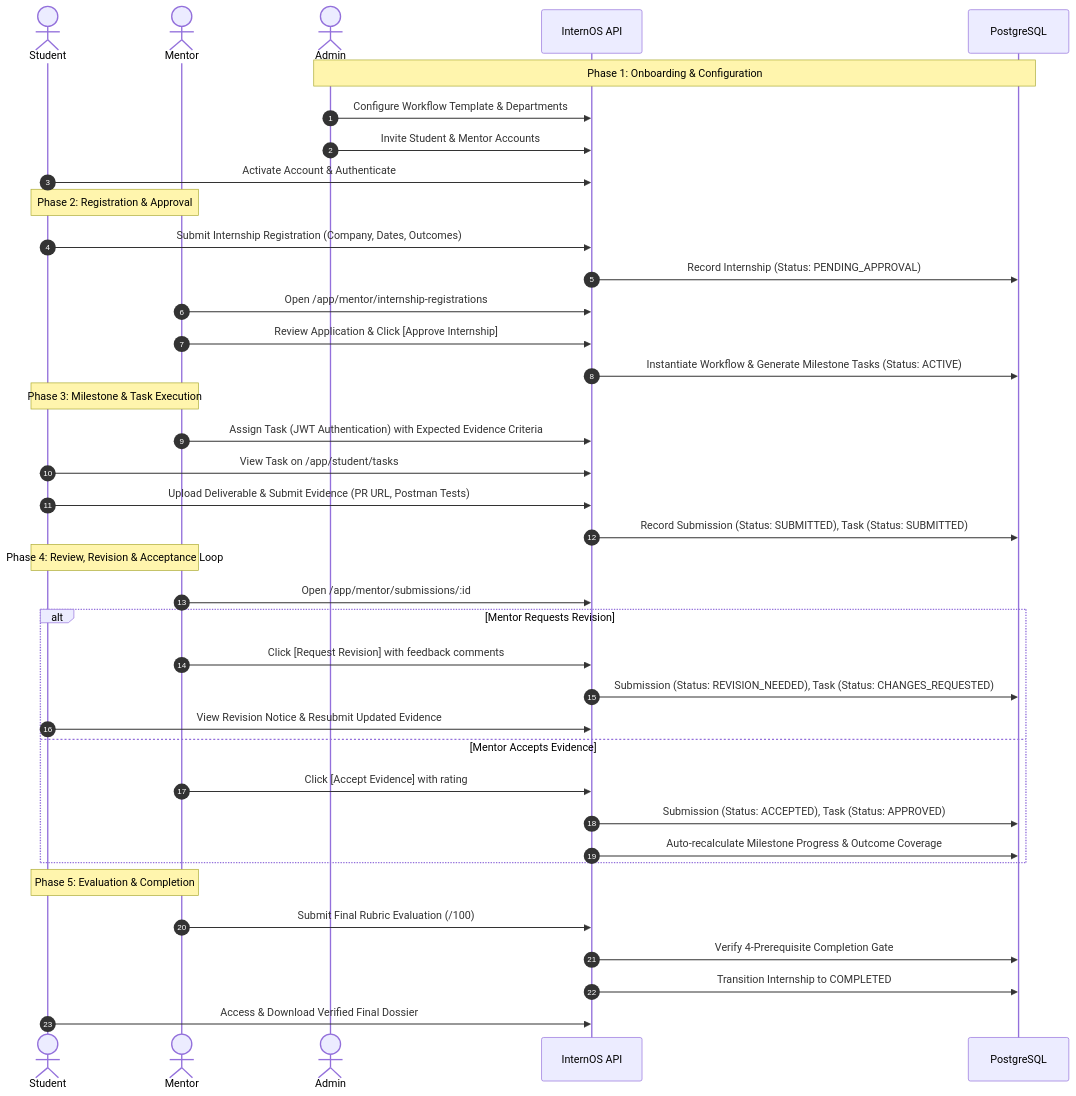
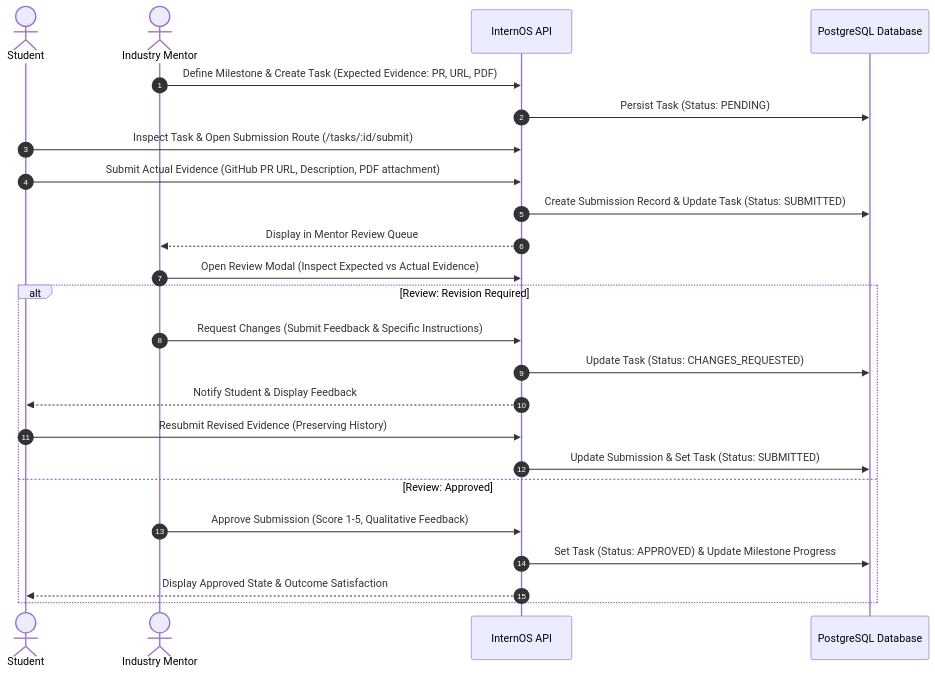
One commit to innocentgaming/Hack-2-Ignite-Move_37 changed the second of 6 diagrams in README.md. Above: the diagram before and after it, drawn with Mermaid. The commit also changed other lines of this file, not shown here.

Commit message:
docs: overhaul README.md with comprehensive architecture, workflows, API documentation, and deployment guides

````diff
--- a/README.md
+++ b/README.md
@@ -203,45 +218,27 @@
 ```mermaid
 sequenceDiagram
     autonumber
-    actor Student
-    actor Mentor
-    actor Admin
+    actor S as Student
+    actor M as Industry Mentor
     participant API as InternOS API
-    participant DB as PostgreSQL
+    participant DB as PostgreSQL Database
 
-    Note over Admin,DB: Phase 1: Onboarding & Configuration
-    Admin->>API: Configure Workflow Template & Departments
-    Admin->>API: Invite Student & Mentor Accounts
-    Student->>API: Activate Account & Authenticate
-
-    Note over Student,Mentor: Phase 2: Registration & Approval
-    Student->>API: Submit Internship Registration (Company, Dates, Outcomes)
-    API->>DB: Record Internship (Status: PENDING_APPROVAL)
-    Mentor->>API: Open /app/mentor/internship-registrations
-    Mentor->>API: Review Application & Click [Approve Internship]
-    API->>DB: Instantiate Workflow & Generate Milestone Tasks (Status: ACTIVE)
-
-    Note over Student,Mentor: Phase 3: Milestone & Task Execution
-    Mentor->>API: Assign Task (JWT Authentication) with Expected Evidence Criteria
-    Student->>API: View Task on /app/student/tasks
-    Student->>API: Upload Deliverable & Submit Evidence (PR URL, Postman Tests)
-    API->>DB: Record Submission (Status: SUBMITTED), Task (Status: SUBMITTED)
-
-    Note over Mentor,Student: Phase 4: Review, Revision & Acceptance Loop
-    Mentor->>API: Open /app/mentor/submissions/:id
-    alt Mentor Requests Revision
-        Mentor->>API: Click [Request Revision] with feedback comments
-        API->>DB: Submission (Status: REVISION_NEEDED), Task (Status: CHANGES_REQUESTED)
-        Student->>API: View Revision Notice & Resubmit Updated Evidence
-    else Mentor Accepts Evidence
-        Mentor->>API: Click [Accept Evidence] with rating
-        API->>DB: Submission (Status: ACCEPTED), Task (Status: APPROVED)
-        API->>DB: Auto-recalculate Milestone Progress & Outcome Coverage
+    M->>API: Define Milestone & Create Task (Expected Evidence: PR, URL, PDF)
+    API->>DB: Persist Task (Status: PENDING)
+    S->>API: Inspect Task & Open Submission Route (/tasks/:id/submit)
+    S->>API: Submit Actual Evidence (GitHub PR URL, Description, PDF attachment)
+    API->>DB: Create Submission Record & Update Task (Status: SUBMITTED)
+    API-->>M: Display in Mentor Review Queue
+    M->>API: Open Review Modal (Inspect Expected vs Actual Evidence)
+    alt Review: Revision Required
+        M->>API: Request Changes (Submit Feedback & Specific Instructions)
+        API->>DB: Update Task (Status: CHANGES_REQUESTED)
+        API-->>S: Notify Student & Display Feedback
+        S->>API: Resubmit Revised Evidence (Preserving History)
+        API->>DB: Update Submission & Set Task (Status: SUBMITTED)
+    else Review: Approved
+        M->>API: Approve Submission (Score 1-5, Qualitative Feedback)
+        API->>DB: Set Task (Status: APPROVED) & Update Milestone Progress
+        API-->>S: Display Approved State & Outcome Satisfaction
     end
-
-    Note over Student,Mentor: Phase 5: Evaluation & Completion
-    Mentor->>API: Submit Final Rubric Evaluation (/100)
-    API->>DB: Verify 4-Prerequisite Completion Gate
-    API->>DB: Transition Internship to COMPLETED
-    Student->>API: Access & Download Verified Final Dossier
 ```
````
